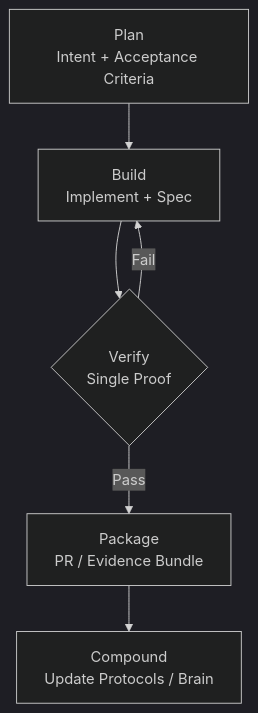
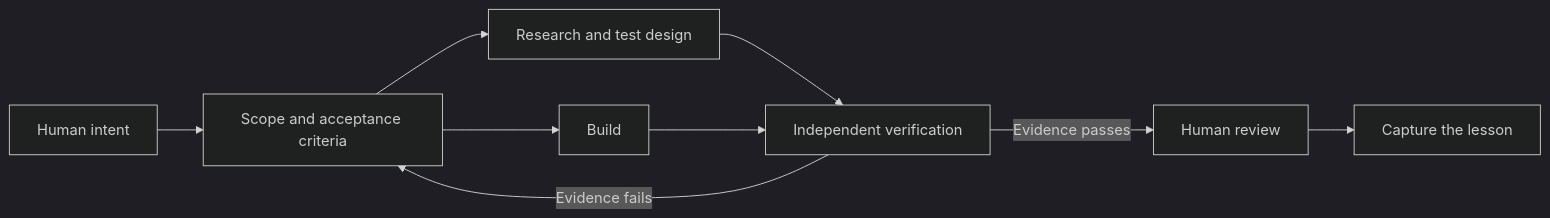
The diagram in README.md (jbmonu87/nexus-proof-gated-loop), drawn with Mermaid (dark theme) before and after one commit. The commit also changed other lines of this file and 18 other files, not shown here.

````diff
--- a/README.md
+++ b/README.md
@@ -51,9 +27,11 @@
 ```mermaid
-graph TD
-  A[Plan<br>Intent + Acceptance Criteria] --> B[Build<br>Implement + Spec]
-  B --> C{Verify<br>Single Proof}
-  C -->|Fail| B
-  C -->|Pass| D[Package<br>PR / Evidence Bundle]
-  D --> E[Compound<br>Update Protocols / Brain]
-
+flowchart LR
+    A[Human intent] --> B[Scope and acceptance criteria]
+    B --> C[Research and test design]
+    B --> D[Build]
+    C --> E[Independent verification]
+    D --> E
+    E -->|Evidence fails| B
+    E -->|Evidence passes| F[Human review]
+    F --> G[Capture the lesson]
 ```
````
